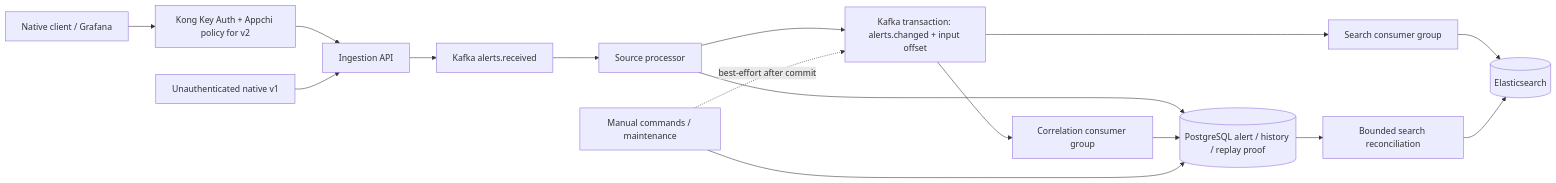
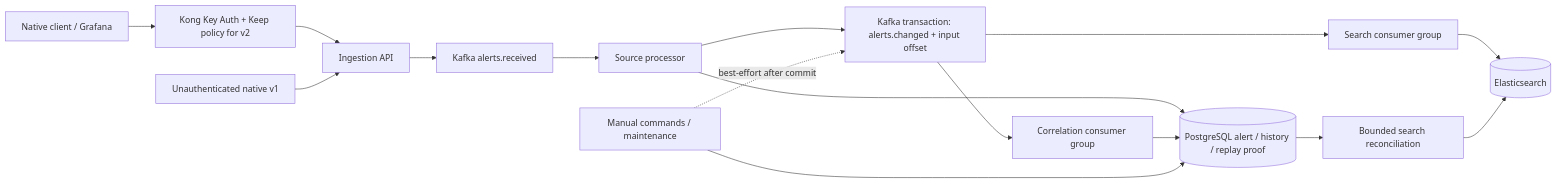
The diagram in specs/spec-kafka-alert-pipeline.md (keep-alert-operations/keep-design), drawn with Mermaid before and after one commit. The commit also changed other lines of this file and 52 other files, not shown here.

First line of the commit message:
Rename Appchi to Keep (REV-67)

````diff
--- a/specs/spec-kafka-alert-pipeline.md
+++ b/specs/spec-kafka-alert-pipeline.md
@@ -17,18 +17,18 @@
 ```mermaid
 flowchart LR
-  Client[Native client / Grafana] --> Gateway[Kong Key Auth + Appchi policy for v2]
+  Client[Native client / Grafana] --> Gateway[Kong Key Auth + Keep policy for v2]
   Gateway --> Ingress[Ingestion API]
   V1[Unauthenticated native v1] --> Ingress
   Ingress --> Received[Kafka alerts.received]
   Received --> Source[Source processor]
   Source --> PG[(PostgreSQL alert / history / replay proof)]
   Source --> Changed[Kafka transaction: alerts.changed + input offset]
   Changed --> Correlation[Correlation consumer group]
   Correlation --> PG
   Changed --> Indexer[Search consumer group]
   PG --> Scan[Bounded search reconciliation]
   Indexer --> ES[(Elasticsearch)]
   Scan --> ES
   Manual[Manual commands / maintenance] --> PG
   Manual -. best-effort after commit .-> Changed
 ```
````
